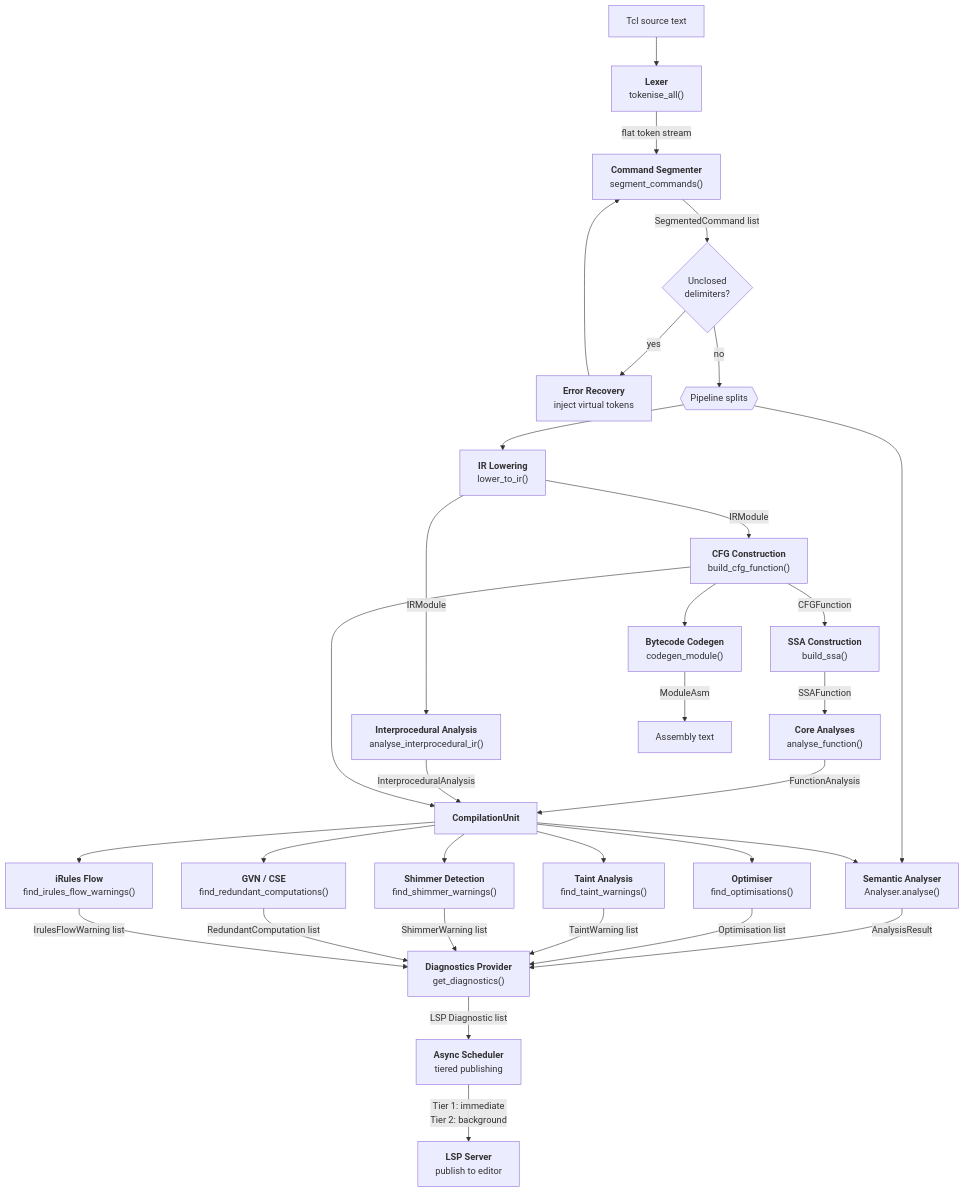
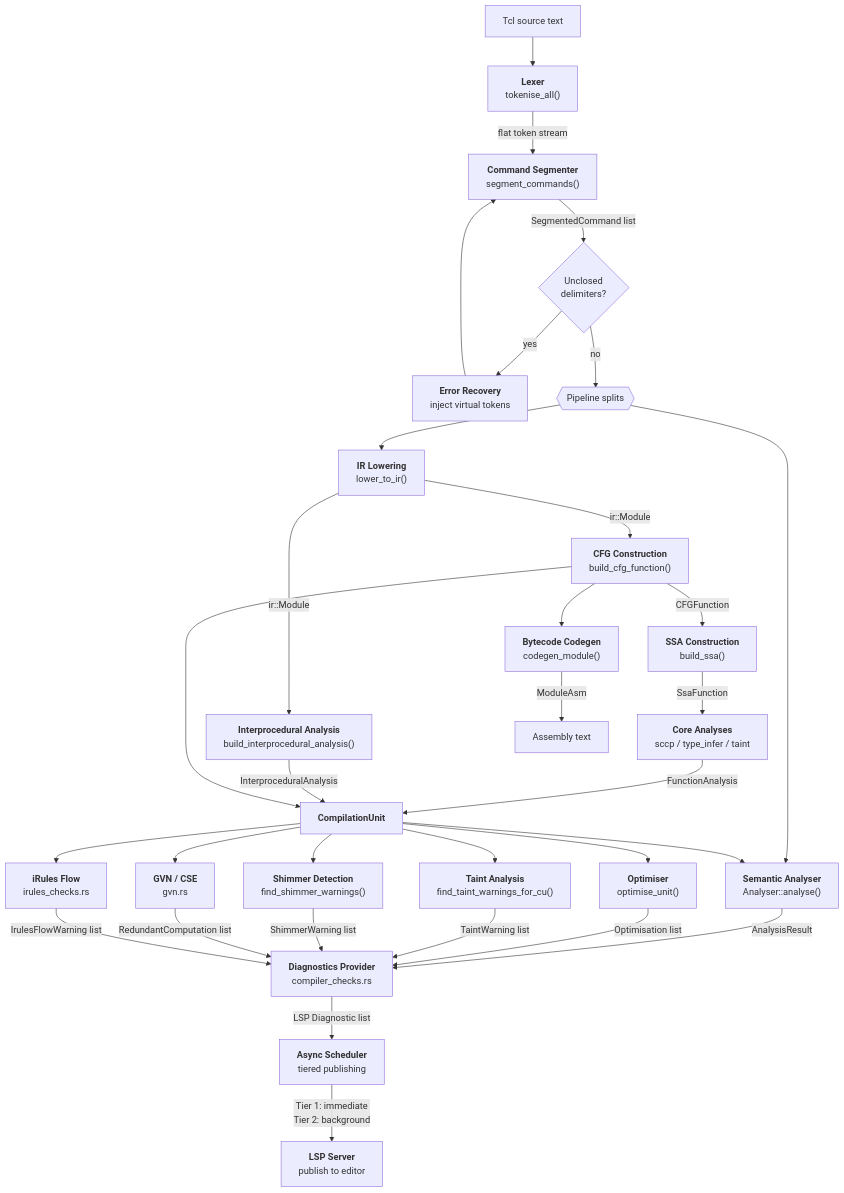
One commit to bitwisecook/tcl-lsp changed the first of 20 diagrams in docs/design/compiler-architecture.md. Above: the diagram before and after it, drawn with Mermaid. The commit also changed other lines of this file and 66 other files, not shown here.

````diff
--- a/docs/design/compiler-architecture.md
+++ b/docs/design/compiler-architecture.md
@@ -29,43 +29,43 @@
 ```mermaid
 flowchart TD
     SRC["Tcl source text"]
 
     SRC --> LEX["<b>Lexer</b><br/>tokenise_all()"]
     LEX -->|"flat token stream"| SEG["<b>Command Segmenter</b><br/>segment_commands()"]
     SEG -->|"SegmentedCommand list"| REC{"Unclosed<br/>delimiters?"}
     REC -- yes --> VREC["<b>Error Recovery</b><br/>inject virtual tokens"]
     VREC --> SEG
     REC -- no --> SPLIT{{"Pipeline splits"}}
 
-    SPLIT --> ANA["<b>Semantic Analyser</b><br/>Analyser.analyse()"]
+    SPLIT --> ANA["<b>Semantic Analyser</b><br/>Analyser::analyse()"]
     SPLIT --> LOW["<b>IR Lowering</b><br/>lower_to_ir()"]
 
-    LOW -->|IRModule| CFG["<b>CFG Construction</b><br/>build_cfg_function()"]
+    LOW -->|ir::Module| CFG["<b>CFG Construction</b><br/>build_cfg_function()"]
     CFG -->|CFGFunction| SSA["<b>SSA Construction</b><br/>build_ssa()"]
-    SSA -->|SSAFunction| CORE["<b>Core Analyses</b><br/>analyse_function()"]
-    LOW -->|IRModule| IPA["<b>Interprocedural Analysis</b><br/>analyse_interprocedural_ir()"]
+    SSA -->|SsaFunction| CORE["<b>Core Analyses</b><br/>sccp / type_infer / taint"]
+    LOW -->|ir::Module| IPA["<b>Interprocedural Analysis</b><br/>build_interprocedural_analysis()"]
 
     CORE -->|FunctionAnalysis| CU["<b>CompilationUnit</b>"]
     IPA -->|InterproceduralAnalysis| CU
     CFG --> CU
 
-    CU --> OPT["<b>Optimiser</b><br/>find_optimisations()"]
-    CU --> TAINT["<b>Taint Analysis</b><br/>find_taint_warnings()"]
+    CU --> OPT["<b>Optimiser</b><br/>optimise_unit()"]
+    CU --> TAINT["<b>Taint Analysis</b><br/>find_taint_warnings_for_cu()"]
     CU --> SHIM["<b>Shimmer Detection</b><br/>find_shimmer_warnings()"]
-    CU --> GVN["<b>GVN / CSE</b><br/>find_redundant_computations()"]
-    CU --> IFLOW["<b>iRules Flow</b><br/>find_irules_flow_warnings()"]
+    CU --> GVN["<b>GVN / CSE</b><br/>gvn.rs"]
+    CU --> IFLOW["<b>iRules Flow</b><br/>irules_checks.rs"]
     CU --> ANA
 
     CFG --> CGEN["<b>Bytecode Codegen</b><br/>codegen_module()"]
     CGEN -->|"ModuleAsm"| ASMTXT["Assembly text"]
 
-    ANA -->|AnalysisResult| DIAG["<b>Diagnostics Provider</b><br/>get_diagnostics()"]
+    ANA -->|AnalysisResult| DIAG["<b>Diagnostics Provider</b><br/>compiler_checks.rs"]
     OPT -->|"Optimisation list"| DIAG
     TAINT -->|"TaintWarning list"| DIAG
     SHIM -->|"ShimmerWarning list"| DIAG
     GVN -->|"RedundantComputation list"| DIAG
     IFLOW -->|"IrulesFlowWarning list"| DIAG
 
     DIAG -->|"LSP Diagnostic list"| SCHED["<b>Async Scheduler</b><br/>tiered publishing"]
     SCHED -->|"Tier 1: immediate<br/>Tier 2: background"| LSP["<b>LSP Server</b><br/>publish to editor"]
 ```
````
